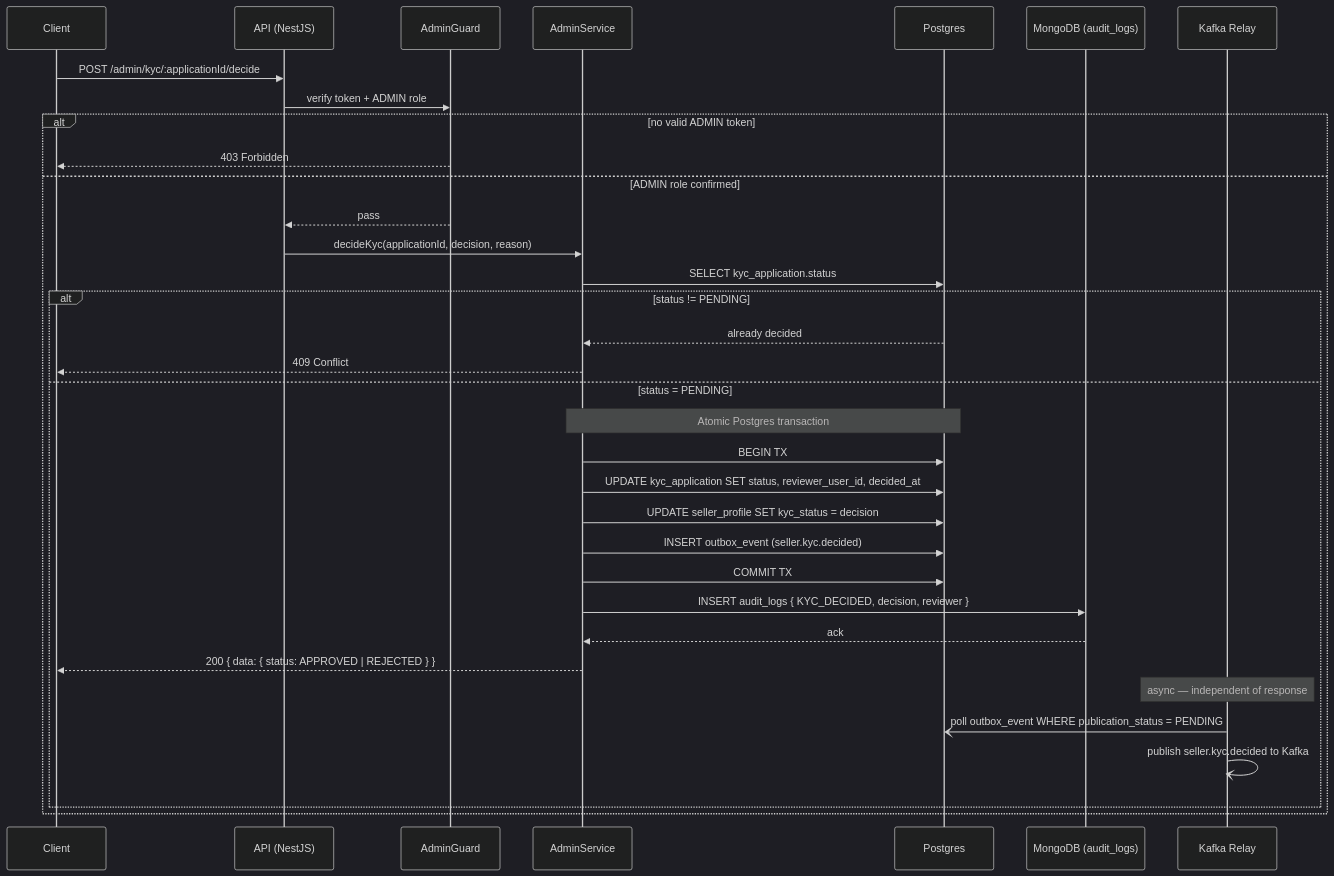
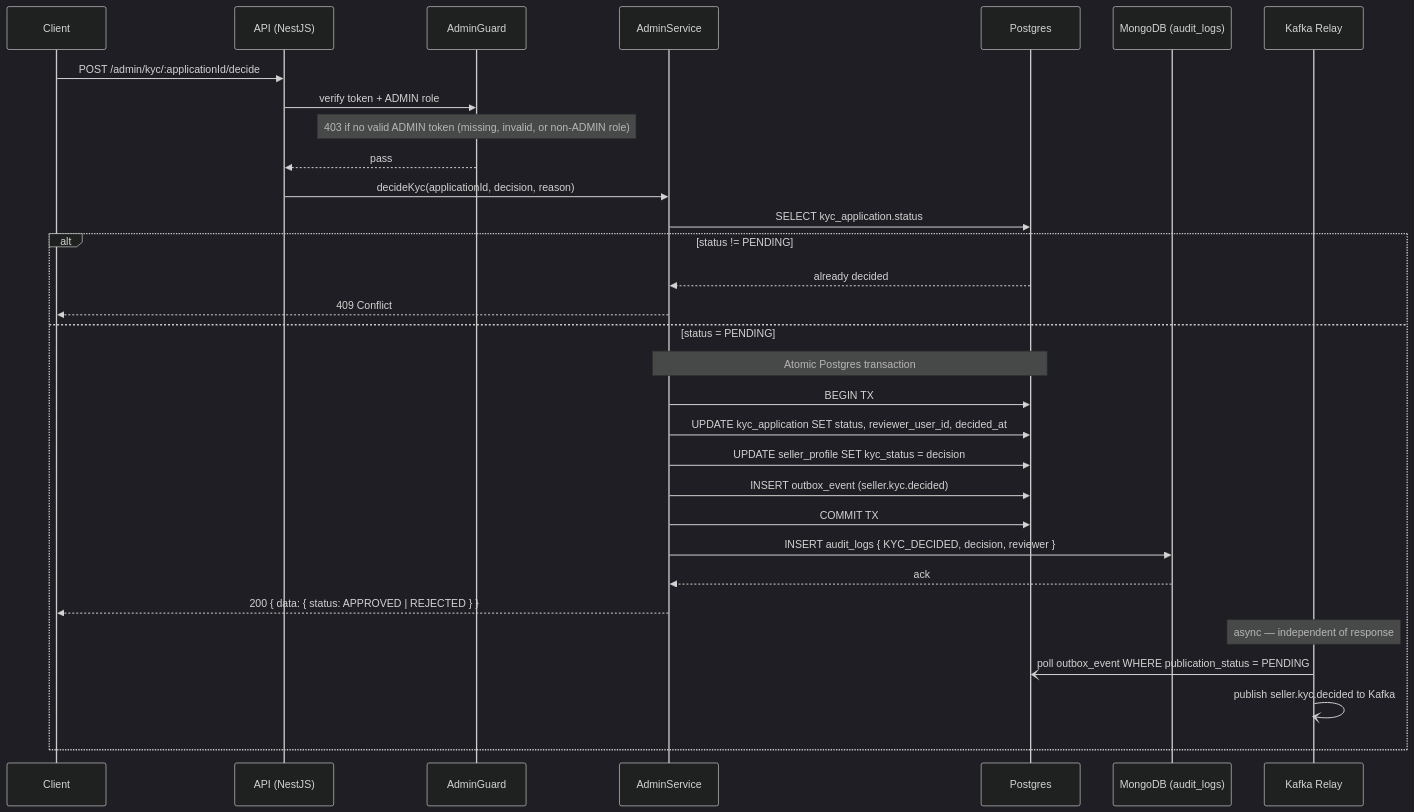
Before and after one commit to alisa-uthi/aliceut-ecom-document: the third of 12 diagrams in phase-1/technical-design/api-design/admin.md, drawn with Mermaid (dark theme). The commit also changed other lines of this file and 35 other files, not shown here.

````diff
--- a/phase-1/technical-design/api-design/admin.md
+++ b/phase-1/technical-design/api-design/admin.md
@@ -180,37 +174,34 @@
 ```mermaid
 sequenceDiagram
     participant C as Client
     participant API as API (NestJS)
     participant G as AdminGuard
     participant S as AdminService
     participant PG as Postgres
     participant MDB as MongoDB (audit_logs)
     participant Relay as Kafka Relay
 
     C->>API: POST /admin/kyc/:applicationId/decide
     API->>G: verify token + ADMIN role
-    alt no valid ADMIN token
-        G-->>C: 403 Forbidden
-    else ADMIN role confirmed
-        G-->>API: pass
-        API->>S: decideKyc(applicationId, decision, reason)
-        S->>PG: SELECT kyc_application.status
-        alt status != PENDING
-            PG-->>S: already decided
-            S-->>C: 409 Conflict
-        else status = PENDING
-            Note over S,PG: Atomic Postgres transaction
-            S->>PG: BEGIN TX
-            S->>PG: UPDATE kyc_application SET status, reviewer_user_id, decided_at
-            S->>PG: UPDATE seller_profile SET kyc_status = decision
-            S->>PG: INSERT outbox_event (seller.kyc.decided)
-            S->>PG: COMMIT TX
-            S->>MDB: INSERT audit_logs { KYC_DECIDED, decision, reviewer }
-            MDB-->>S: ack
-            S-->>C: 200 { data: { status: APPROVED | REJECTED } }
-            Note over Relay: async — independent of response
-            Relay-)PG: poll outbox_event WHERE publication_status = PENDING
-            Relay-)Relay: publish seller.kyc.decided to Kafka
-        end
+    Note over G: 403 if no valid ADMIN token (missing, invalid, or non-ADMIN role)
+    G-->>API: pass
+    API->>S: decideKyc(applicationId, decision, reason)
+    S->>PG: SELECT kyc_application.status
+    alt status != PENDING
+        PG-->>S: already decided
+        S-->>C: 409 Conflict
+    else status = PENDING
+        Note over S,PG: Atomic Postgres transaction
+        S->>PG: BEGIN TX
+        S->>PG: UPDATE kyc_application SET status, reviewer_user_id, decided_at
+        S->>PG: UPDATE seller_profile SET kyc_status = decision
+        S->>PG: INSERT outbox_event (seller.kyc.decided)
+        S->>PG: COMMIT TX
+        S->>MDB: INSERT audit_logs { KYC_DECIDED, decision, reviewer }
+        MDB-->>S: ack
+        S-->>C: 200 { data: { status: APPROVED | REJECTED } }
+        Note over Relay: async — independent of response
+        Relay-)PG: poll outbox_event WHERE publication_status = PENDING
+        Relay-)Relay: publish seller.kyc.decided to Kafka
     end
 ```
````
